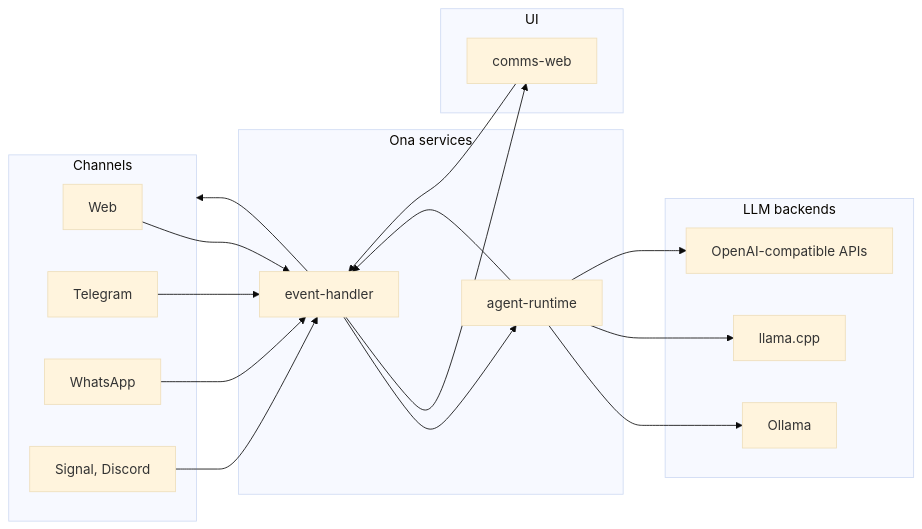
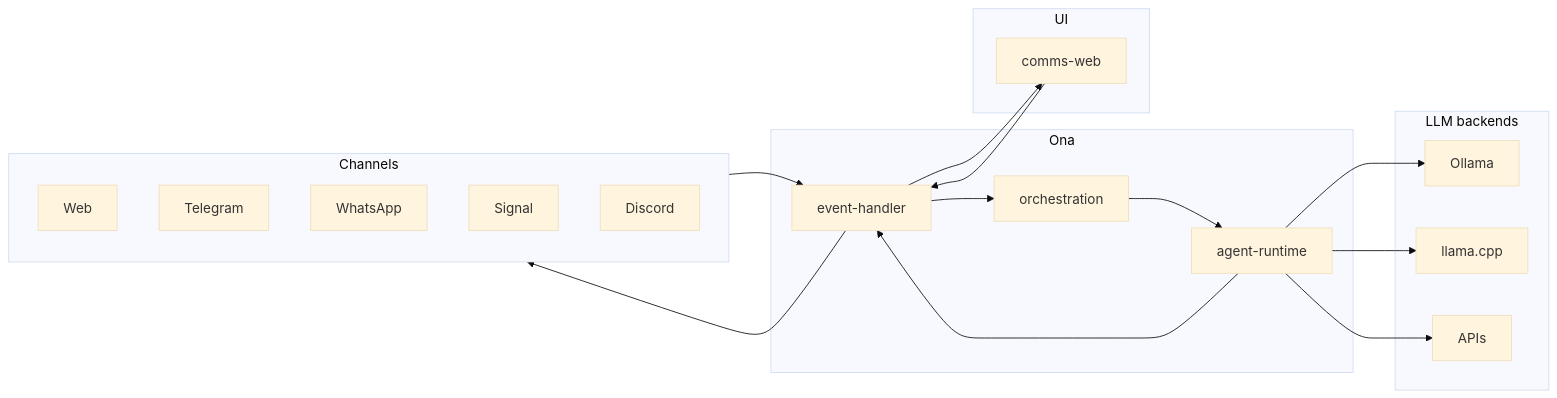
Before and after one commit to zerwiz/onapublic: the fourth of 19 diagrams in TECH_STACK.md, drawn with Mermaid (base theme). The commit also changed other lines of this file, not shown here.

First line of the commit message:
docs: TECH_STACK — more Mermaids, memory layers, security, pluggable, dev tooling

````diff
--- a/TECH_STACK.md
+++ b/TECH_STACK.md
@@ -60,33 +109,33 @@
 ```mermaid
 flowchart LR
   subgraph channels["Channels"]
     Web[Web]
     TG[Telegram]
     WA[WhatsApp]
-    Other[Signal, Discord]
+    Sig[Signal]
+    Dis[Discord]
   end
-  subgraph ona_services["Ona services"]
+  subgraph ona["Ona"]
     EH[event-handler]
+    Solin[orchestration]
     AR[agent-runtime]
   end
   subgraph ui["UI"]
     CW[comms-web]
   end
   subgraph llm["LLM backends"]
     Ollama[Ollama]
-    LlamaCpp[llama.cpp]
-    API[OpenAI-compatible APIs]
+    Llama[llama.cpp]
+    API[APIs]
   end
-  Web --> EH
-  TG --> EH
-  WA --> EH
-  Other --> EH
+  channels --> EH
   CW --> EH
-  EH --> AR
+  EH --> Solin
+  Solin --> AR
   AR --> Ollama
-  AR --> LlamaCpp
+  AR --> Llama
   AR --> API
   AR --> EH
   EH --> CW
   EH --> channels
 ```
````
